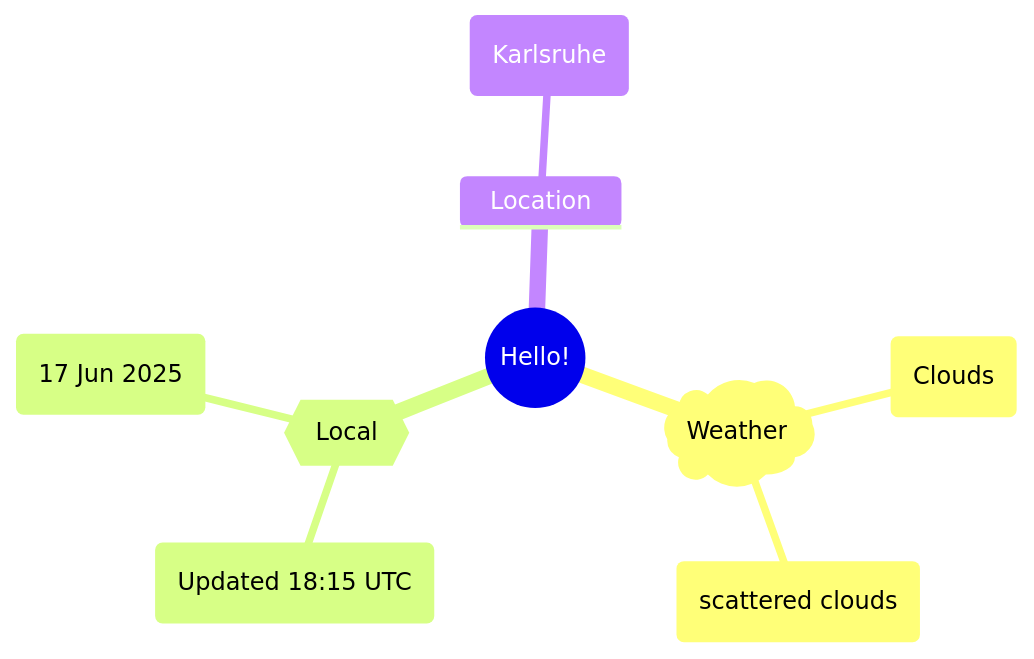
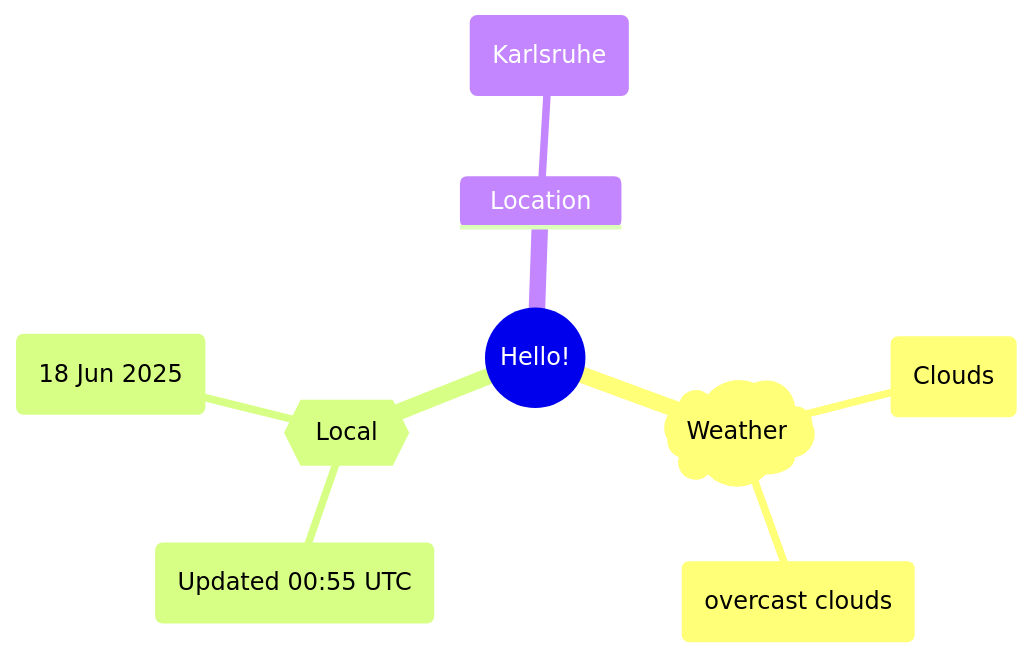
One commit to Xosrov/Xosrov changed the first of 2 diagrams in README.md. Above: the diagram before and after it, drawn with Mermaid.

Commit message:
[bot] updated images

````diff
--- a/README.md
+++ b/README.md
@@ -3,12 +3,12 @@
 ```mermaid
 mindmap
   root((Hello!))
     )Weather(
         (Clouds)
-        (scattered clouds)
+        (overcast clouds)
     {{Local}}
-        (Updated 18:15 UTC)
-        (17 Jun 2025)
+        (Updated 00:55 UTC)
+        (18 Jun 2025)
     Location
         (Karlsruhe)
 ```
````
